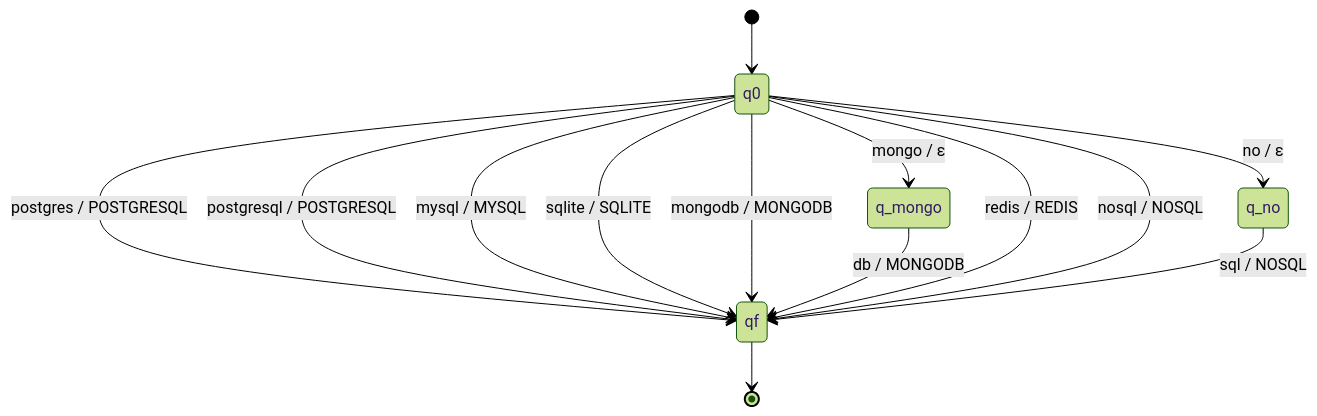
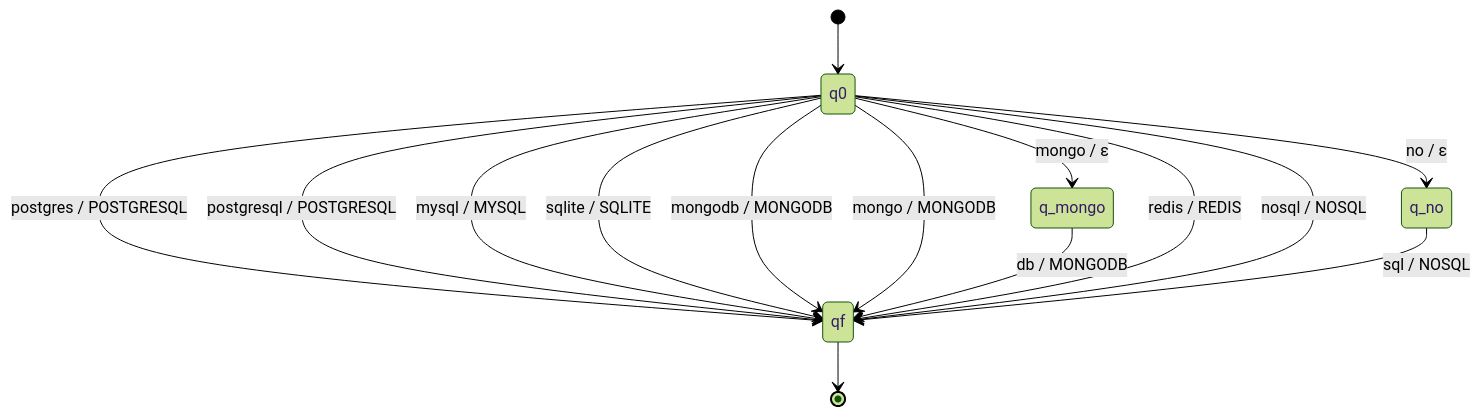
Before and after one commit to 62alejandrojt/XOale_ResumeLens: the fourth of 6 diagrams in docs/03_transducers.md, drawn with Mermaid (forest theme). The commit also changed other lines of this file and 6 other files, not shown here.

````diff
--- a/docs/03_transducers.md
+++ b/docs/03_transducers.md
@@ -264,16 +266,17 @@
 ```mermaid
 stateDiagram-v2
     [*] --> q0
     q0 --> qf : postgres / POSTGRESQL
     q0 --> qf : postgresql / POSTGRESQL
     q0 --> qf : mysql / MYSQL
     q0 --> qf : sqlite / SQLITE
     q0 --> qf : mongodb / MONGODB
     q0 --> q_mongo : mongo / ε
+    q0 --> qf : mongo / MONGODB
     q_mongo --> qf : db / MONGODB
     q0 --> qf : redis / REDIS
     q0 --> qf : nosql / NOSQL
     q0 --> q_no : no / ε
     q_no --> qf : sql / NOSQL
     qf --> [*]
 ```
````
